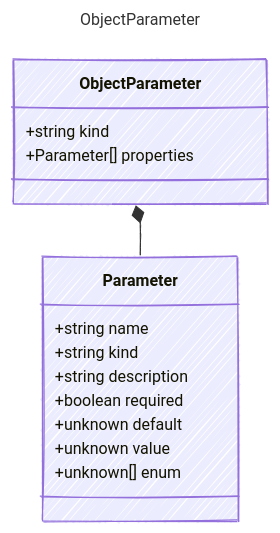
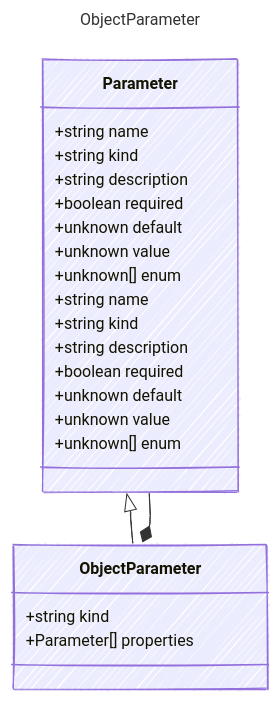
One commit to microsoft/prompty changed the diagram in specification/prompty/docs/ObjectParameter.md. Above: the diagram before and after it, drawn with Mermaid. The commit also changed 24 other files, not shown here.

````diff
--- a/specification/prompty/docs/ObjectParameter.md
+++ b/specification/prompty/docs/ObjectParameter.md
@@ -7,26 +7,36 @@
 ```mermaid
 ---
 title: ObjectParameter
 config:
   look: handDrawn
   theme: colorful
   class:
     hideEmptyMembersBox: true
 ---
 classDiagram
+    class Parameter {
+        +string name
+        +string kind
+        +string description
+        +boolean required
+        +unknown default
+        +unknown value
+        +unknown[] enum
+    }
+    Parameter <|-- ObjectParameter
     class ObjectParameter {
       
         +string kind
         +Parameter[] properties
     }
     class Parameter {
         +string name
         +string kind
         +string description
         +boolean required
         +unknown default
         +unknown value
         +unknown[] enum
     }
     ObjectParameter *-- Parameter
 ```
````
